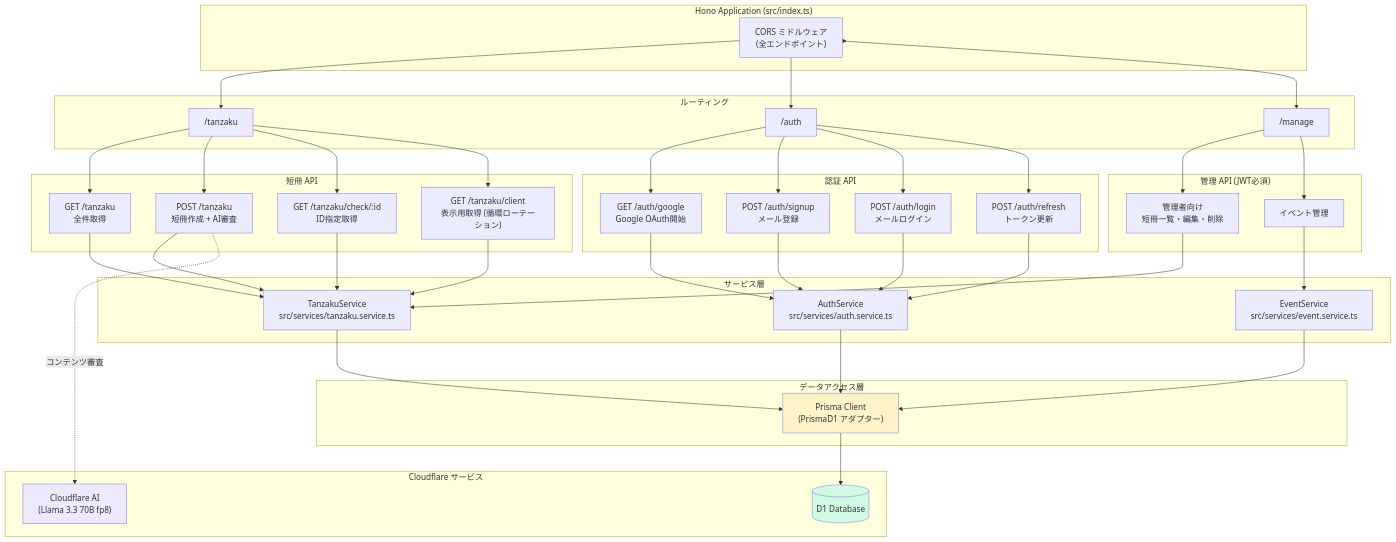
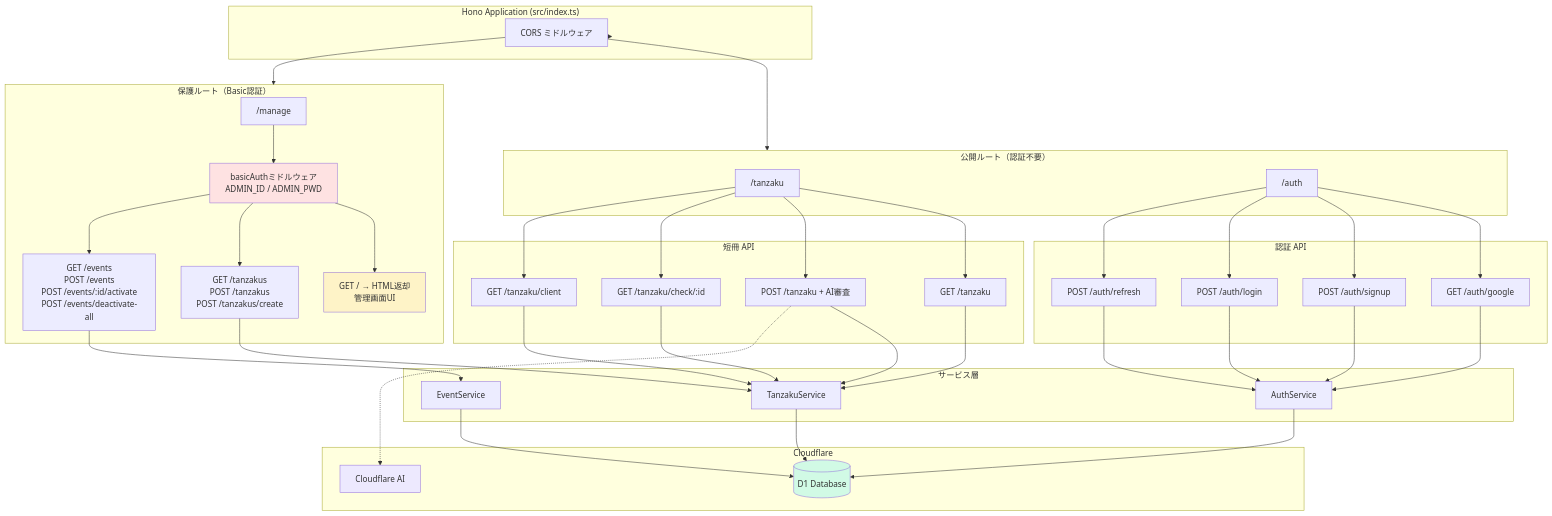
One commit to itl-marubu/tanzakuv2 changed the fourth of 9 diagrams in docs/system-overview.md. Above: the diagram before and after it, drawn with Mermaid. The commit also changed other lines of this file, not shown here.

Commit message:
docs: 管理画面の経路を正確に修正（バックエンド /manage + Basic認証）

````diff
--- a/docs/system-overview.md
+++ b/docs/system-overview.md
@@ -156,69 +201,63 @@
 ```mermaid
 graph TB
     subgraph HonoApp["Hono Application (src/index.ts)"]
-        CORS["CORS ミドルウェア\n(全エンドポイント)"]
+        CORS["CORS ミドルウェア"]
     end
 
-    subgraph Routes["ルーティング"]
+    subgraph PublicRoutes["公開ルート（認証不要）"]
         R_TZ["/tanzaku"]
         R_AUTH["/auth"]
+    end
+
+    subgraph ProtectedRoute["保護ルート（Basic認証）"]
         R_MANAGE["/manage"]
+        BASIC_MW["basicAuthミドルウェア\nADMIN_ID / ADMIN_PWD"]
+        MANAGE_HTML["GET / → HTML返却\n管理画面UI"]
+        MANAGE_API["GET /tanzakus\nPOST /tanzakus\nPOST /tanzakus/create"]
+        EVENT_API["GET /events\nPOST /events\nPOST /events/:id/activate\nPOST /events/deactivate-all"]
     end
 
     subgraph TanzakuEndpoints["短冊 API"]
-        T1["GET /tanzaku\n全件取得"]
-        T2["POST /tanzaku\n短冊作成 + AI審査"]
-        T3["GET /tanzaku/check/:id\nID指定取得"]
-        T4["GET /tanzaku/client\n表示用取得 (循環ローテーション)"]
+        T1["GET /tanzaku"]
+        T2["POST /tanzaku + AI審査"]
+        T3["GET /tanzaku/check/:id"]
+        T4["GET /tanzaku/client"]
     end
 
     subgraph AuthEndpoints["認証 API"]
-        A1["GET /auth/google\nGoogle OAuth開始"]
-        A2["POST /auth/signup\nメール登録"]
-        A3["POST /auth/login\nメールログイン"]
-        A4["POST /auth/refresh\nトークン更新"]
-    end
-
-    subgraph ManageEndpoints["管理 API (JWT必須)"]
-        M1["管理者向け\n短冊一覧・編集・削除"]
-        M2["イベント管理"]
+        A1["GET /auth/google"]
+        A2["POST /auth/signup"]
+        A3["POST /auth/login"]
+        A4["POST /auth/refresh"]
     end
 
     subgraph Services["サービス層"]
-        TS["TanzakuService\nsrc/services/tanzaku.service.ts"]
-        AS["AuthService\nsrc/services/auth.service.ts"]
-        ES["EventService\nsrc/services/event.service.ts"]
+        TS["TanzakuService"]
+        AS["AuthService"]
+        ES["EventService"]
     end
 
-    subgraph DataLayer["データアクセス層"]
-        Prisma["Prisma Client\n(PrismaD1 アダプター)"]
+    subgraph CF["Cloudflare"]
+        D1[("D1 Database")]
+        CFAI["Cloudflare AI"]
     end
 
-    subgraph CFServices["Cloudflare サービス"]
-        D1[("D1 Database")]
-        CFAI["Cloudflare AI\n(Llama 3.3 70B fp8)"]
-    end
-
-    HonoApp --> CORS
-    CORS --> R_TZ
-    CORS --> R_AUTH
-    CORS --> R_MANAGE
-
+    HonoApp --> CORS --> PublicRoutes & ProtectedRoute
+    R_MANAGE --> BASIC_MW --> MANAGE_HTML & MANAGE_API & EVENT_API
     R_TZ --> T1 & T2 & T3 & T4
     R_AUTH --> A1 & A2 & A3 & A4
-    R_MANAGE --> M1 & M2
 
     T1 & T3 & T4 --> TS
     T2 --> TS
-    T2 -.->|"コンテンツ審査"| CFAI
+    T2 -.-> CFAI
     A1 & A2 & A3 & A4 --> AS
-    M1 --> TS
-    M2 --> ES
+    MANAGE_API --> TS
+    EVENT_API --> ES
 
-    TS & AS & ES --> Prisma
-    Prisma --> D1
+    TS & AS & ES --> D1
 
+    style BASIC_MW fill:#fee2e2
+    style MANAGE_HTML fill:#fef3c7
     style CFAI fill:#ede9fe
     style D1 fill:#d1fae5
-    style Prisma fill:#fef3c7
 ```
````
